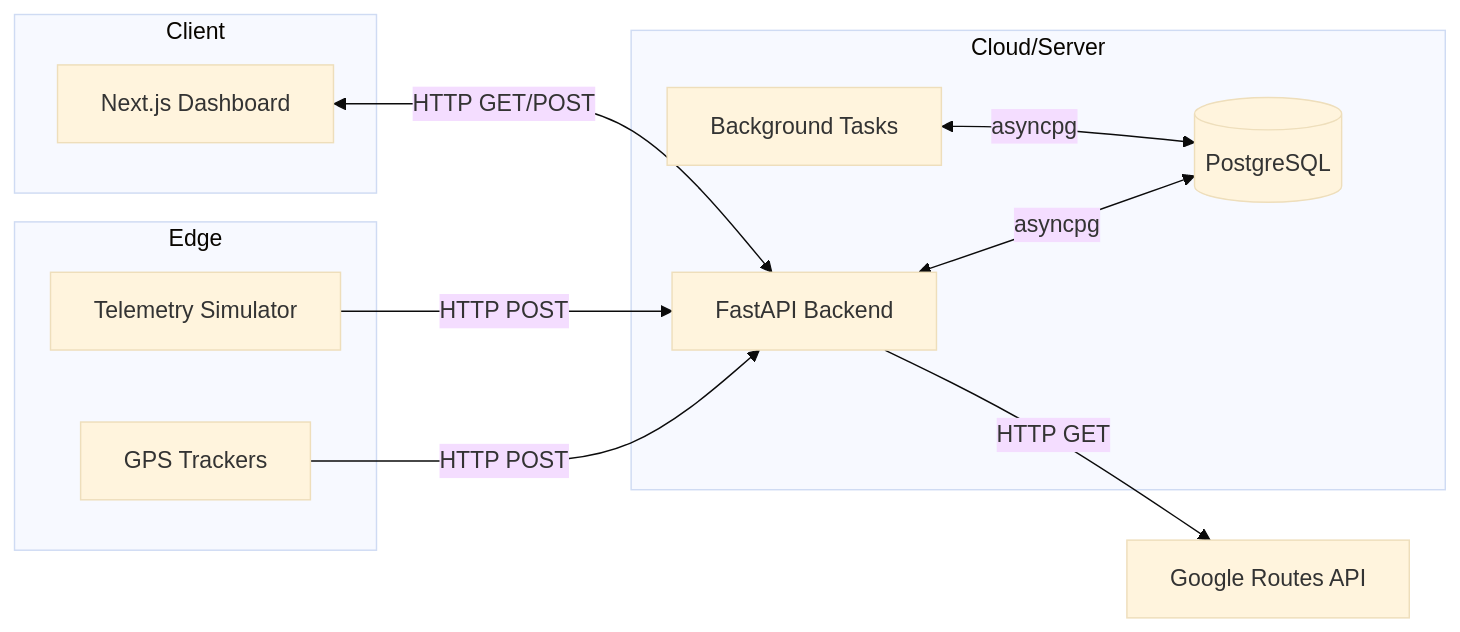
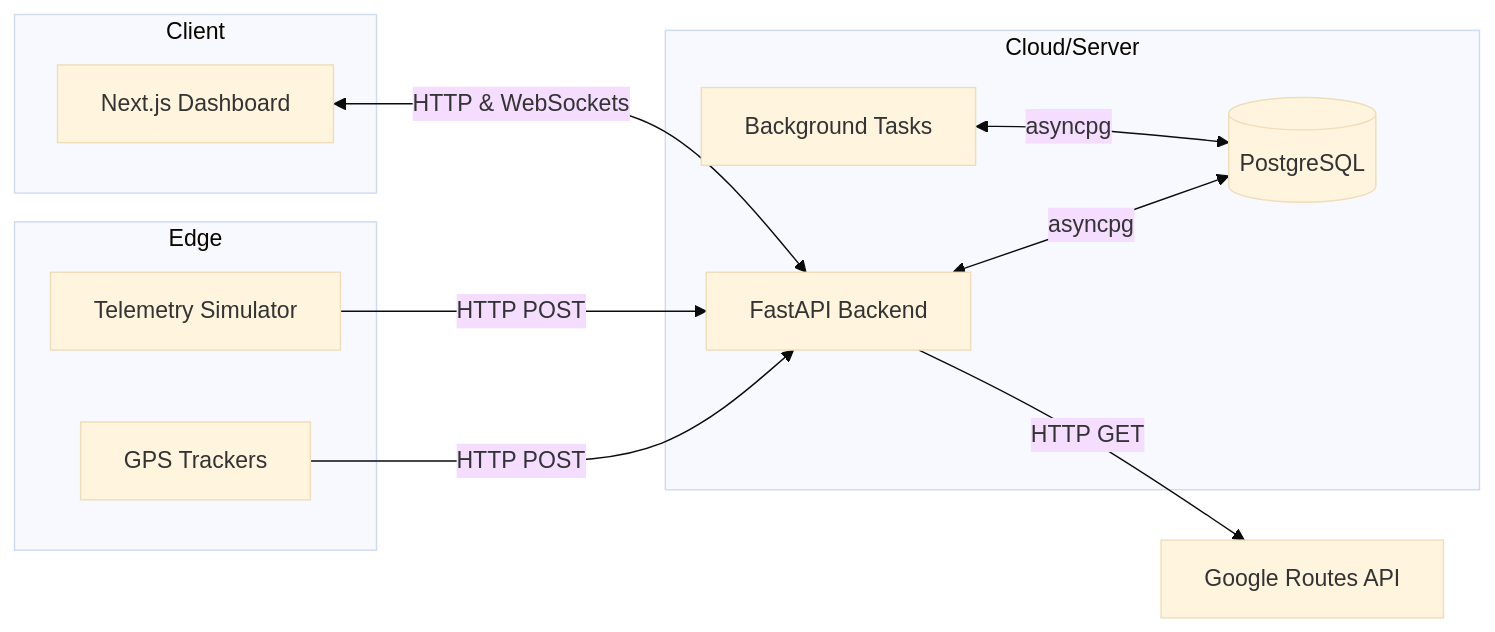
The first of 3 diagrams in docs/ARCHITECTURE.md (welogicalproject/Welogical-Vehicle-Tracking-System), drawn with Mermaid (base theme) before and after one commit. The commit also changed other lines of this file and 8 other files, not shown here.

````diff
--- a/docs/ARCHITECTURE.md
+++ b/docs/ARCHITECTURE.md
@@ -12,24 +12,24 @@
 ```mermaid
 graph LR
     subgraph Edge
         GPS[GPS Trackers]
         Sim[Telemetry Simulator]
     end
 
     subgraph Cloud/Server
         API[FastAPI Backend]
         DB[(PostgreSQL)]
         Worker[Background Tasks]
     end
 
     subgraph Client
         WEB[Next.js Dashboard]
     end
 
     GPS -->|HTTP POST| API
     Sim -->|HTTP POST| API
     API <-->|asyncpg| DB
     Worker <-->|asyncpg| DB
-    WEB <-->|HTTP GET/POST| API
+    WEB <-->|HTTP & WebSockets| API
     API -->|HTTP GET| External[Google Routes API]
 ```
````
